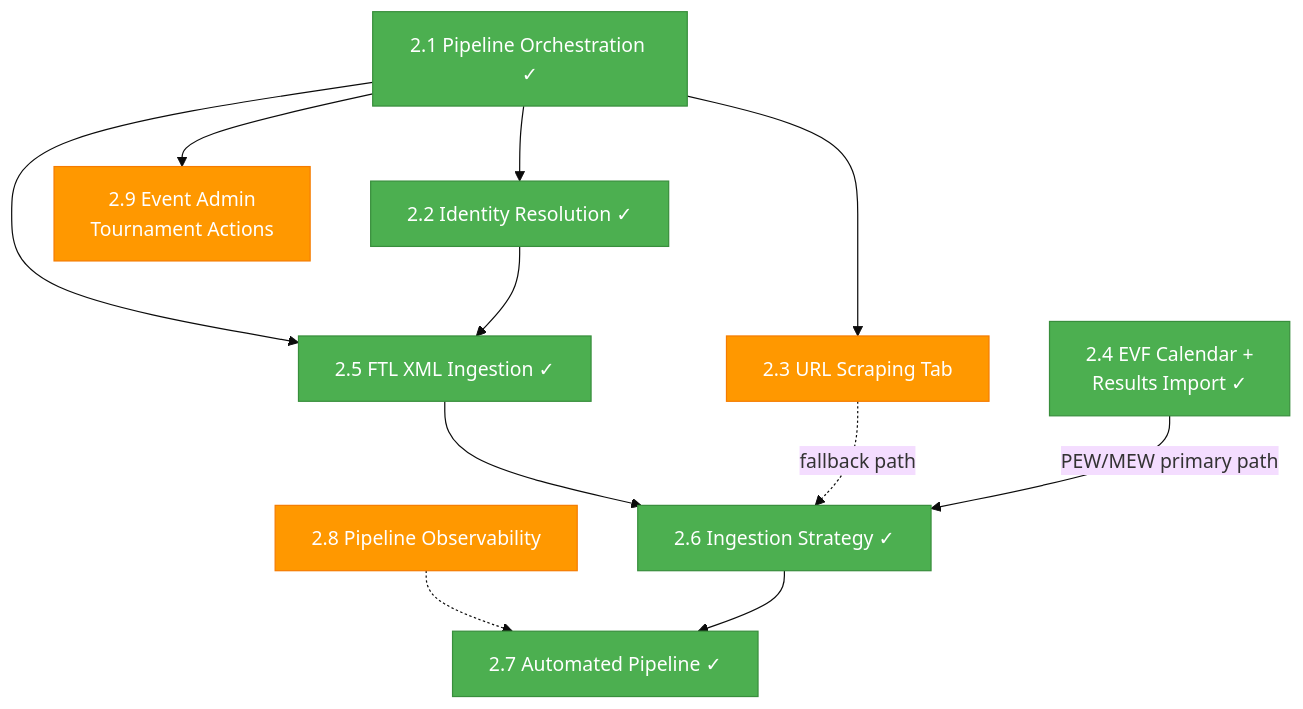
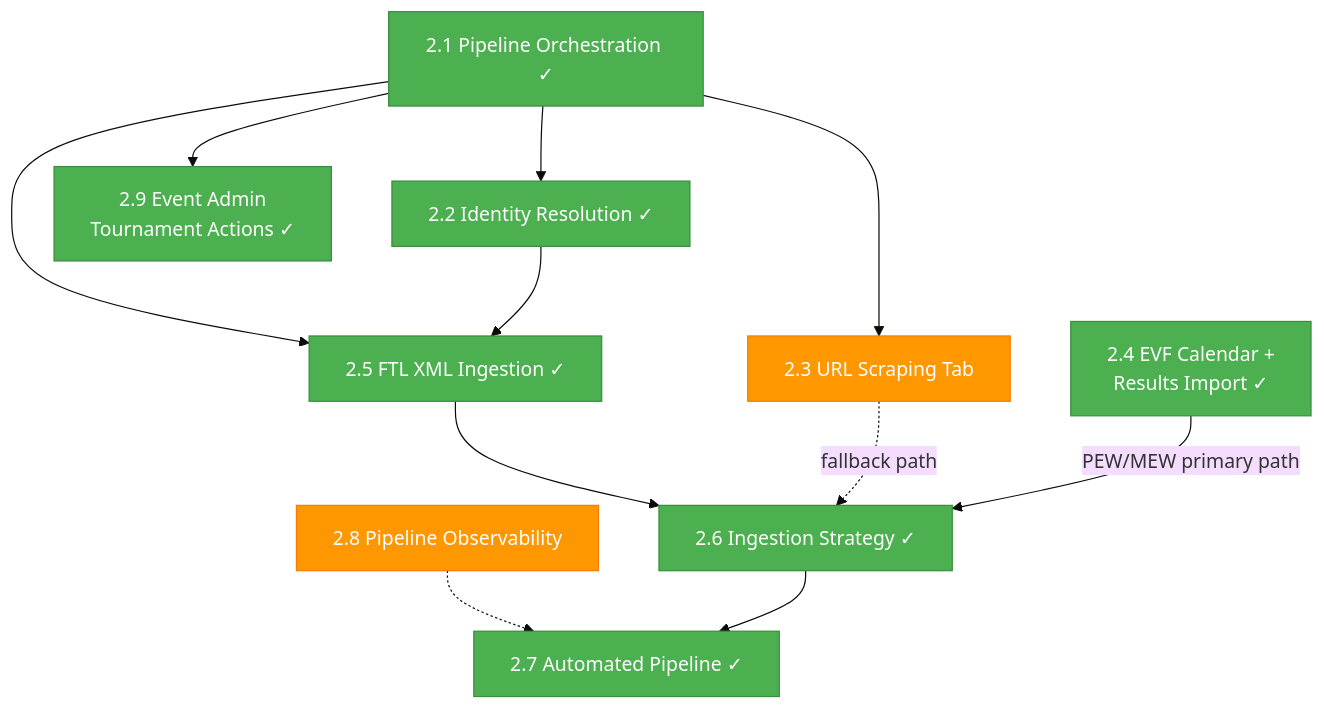
The sixth of 6 diagrams in doc/Go-to-PROD.md (Fencer4Life/spws-automated-ranklist), drawn with Mermaid (base theme) before and after one commit. The commit also changed other lines of this file and 4 other files, not shown here.

````diff
--- a/doc/Go-to-PROD.md
+++ b/doc/Go-to-PROD.md
@@ -379,27 +369,27 @@
 ```mermaid
 flowchart TD
     classDef done fill:#4caf50,color:#fff,stroke:#388e3c
     classDef ready fill:#ff9800,color:#fff,stroke:#f57c00
     classDef blocked fill:#9e9e9e,color:#fff,stroke:#757575
 
     ORCH["2.1 Pipeline Orchestration ✓"]:::done
     IDRES["2.2 Identity Resolution ✓"]:::done
     URL["2.3 URL Scraping Tab"]:::ready
     EVF["2.4 EVF Calendar +\nResults Import ✓"]:::done
     FTL["2.5 FTL XML Ingestion ✓"]:::done
     STRAT["2.6 Ingestion Strategy ✓"]:::done
     AUTO["2.7 Automated Pipeline ✓"]:::done
     OBS["2.8 Pipeline Observability"]:::ready
-    ADMIN["2.9 Event Admin\nTournament Actions"]:::ready
+    ADMIN["2.9 Event Admin\nTournament Actions ✓"]:::done
 
     ORCH --> IDRES
     ORCH --> URL
     ORCH --> FTL
     ORCH --> ADMIN
     IDRES --> FTL
     FTL --> STRAT
     URL -.->|"fallback path"| STRAT
     EVF -->|"PEW/MEW primary path"| STRAT
     OBS -.-> AUTO
     STRAT --> AUTO
 ```
````
